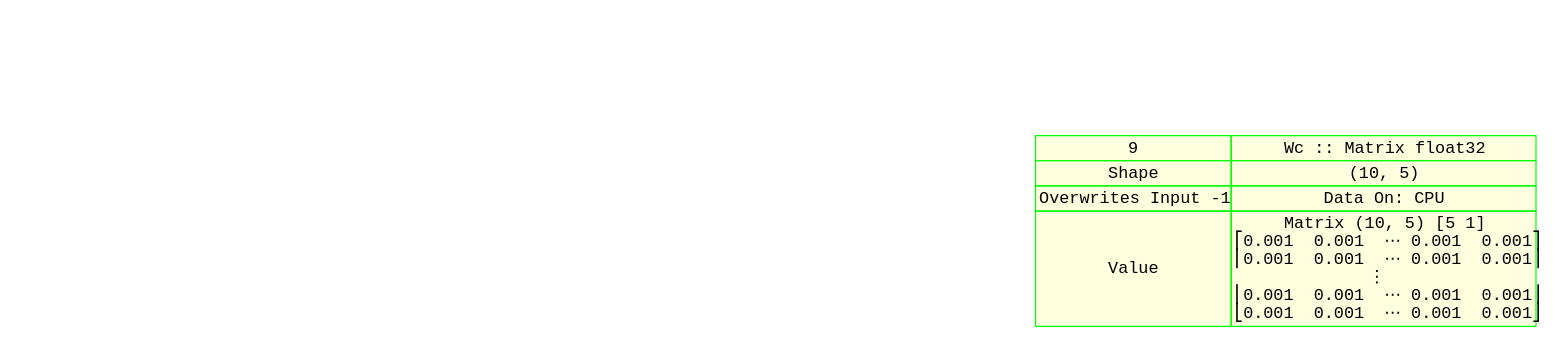
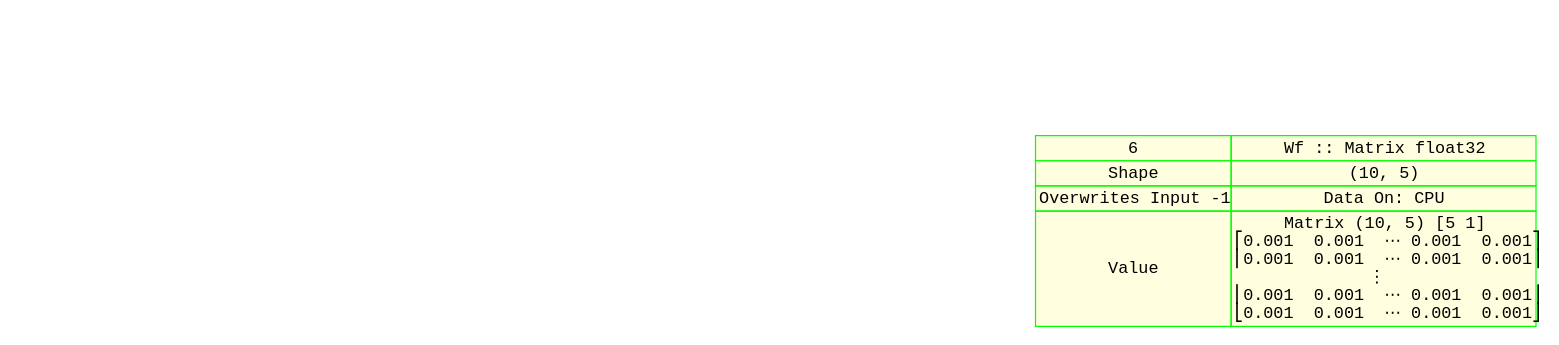
The diagram in err.dot (owulveryck/lstm), drawn with Graphviz before and after one commit. The commit also changed 7 other files, not shown here.

```diff
--- a/err.dot
+++ b/err.dot
@@ -1,41 +1,41 @@
 digraph fullGraph {
 	nodesep=1;
 	rankdir=TB;
 	ranksep="1.5 equally";
 	outsideRoot->insideInputs[ constraint=false, style=invis, weight=999 ];
 	outsideExprG->insideExprG[ constraint=false, style=invis, weight=999 ];
 	outsideRoot->outsideExprG[ constraint=false, style=invis, weight=999 ];
 	insideInputs->insideExprG[ constraint=false, style=invis, weight=999 ];
 	subgraph inputConsts {
 	rank=max;
 	subgraph cluster_inputs {
 	label=inputs;
-	Node_0xc42016c820 [ fontname=monospace, label=<
+	Node_0xc42058a5b0 [ fontname=monospace, label=<
 <TABLE BORDER="0" CELLBORDER="1" CELLSPACING="0" PORT="anchor"  COLOR="#00FF00;" BGCOLOR="lightyellow">
 
-<TR><TD>9</TD><TD>Wc :: Matrix float32</TD></TR>
+<TR><TD>6</TD><TD>Wf :: Matrix float32</TD></TR>
 
 <TR><TD>Shape</TD><TD>(10, 5)</TD></TR>
 <TR><TD>Overwrites Input -1</TD><TD>Data On: CPU</TD></TR>
 
 <TR><TD>Value</TD><TD>Matrix (10, 5) [5 1]<BR />⎡0.001  0.001  ⋯ 0.001  0.001⎤<BR />⎢0.001  0.001  ⋯ 0.001  0.001⎥<BR />  ⋮  <BR />⎢0.001  0.001  ⋯ 0.001  0.001⎥<BR />⎣0.001  0.001  ⋯ 0.001  0.001⎦<BR /></TD></TR>
 
 
 </TABLE>
 >, shape=none ];
 	insideInputs [ style=invis ];
 
 }
 ;
 
 }
 ;
 	subgraph outsides {
 	outsideExprG [ style=invis ];
 	outsideRoot [ style=invis ];
 
 }
 ;
 	insideExprG [ style=invis ];
 
 }
```
